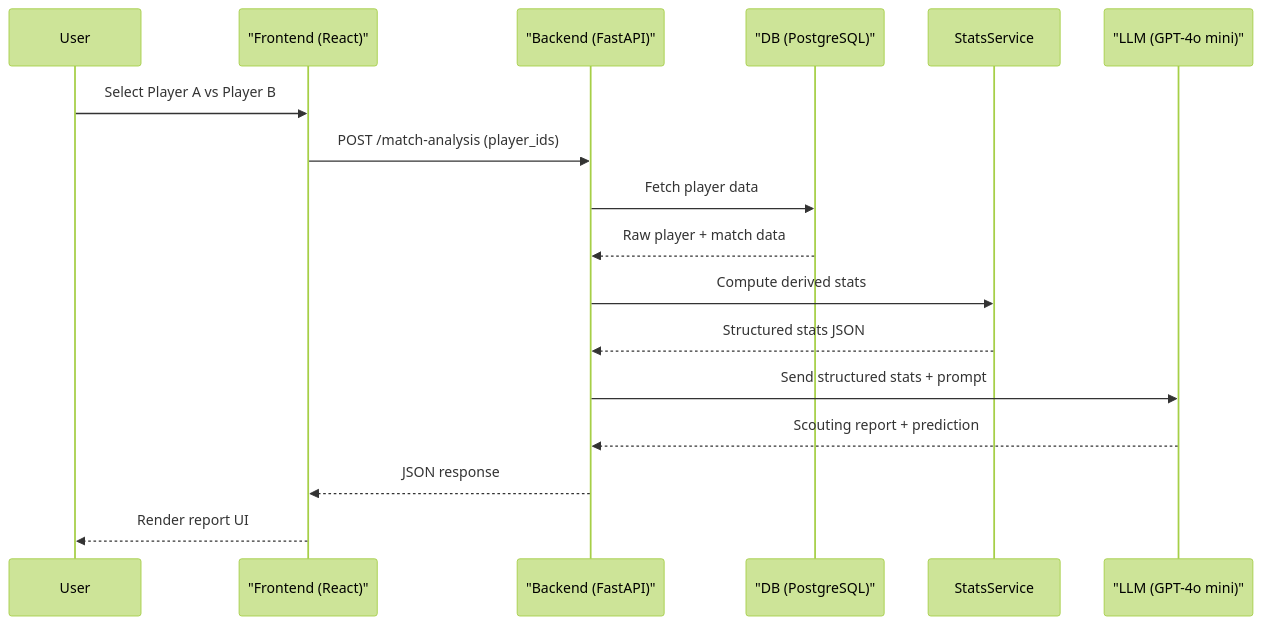
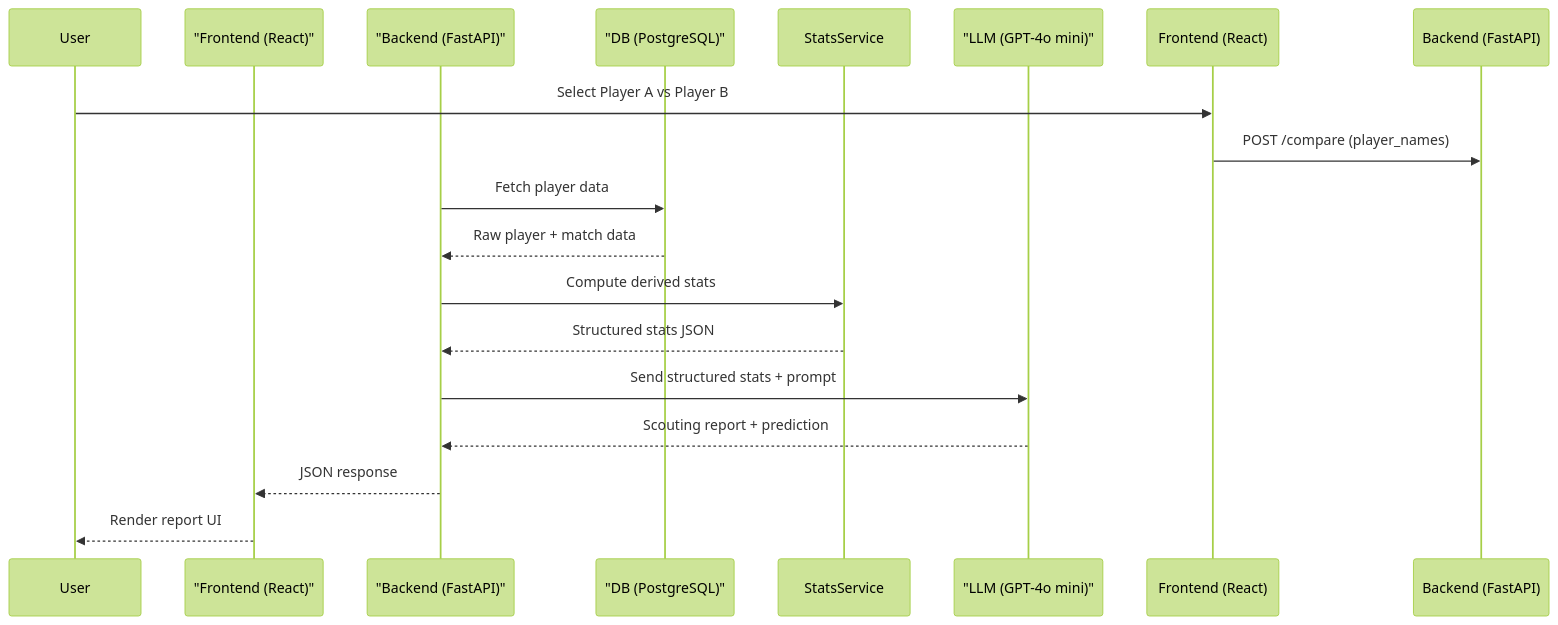
Before and after one commit to linbeau0822/tennis-scout-agent: the diagram in sequence/sequence_diagram.md, drawn with Mermaid (forest theme). The commit also changed 1 other file, not shown here.

Commit message:
Fix sequence diagram to use correct post endpoint name

````diff
--- a/sequence/sequence_diagram.md
+++ b/sequence/sequence_diagram.md
@@ -1,24 +1,24 @@
 ```mermaid
 sequenceDiagram
     participant User
     participant FE as "Frontend (React)"
     participant BE as "Backend (FastAPI)"
     participant DBPG as "DB (PostgreSQL)"
     participant StatsService
     participant LLM as "LLM (GPT-4o mini)"
 
-    User->>FE: Select Player A vs Player B
-    FE->>BE: POST /match-analysis (player_ids)
+    User->>Frontend (React): Select Player A vs Player B
+    Frontend (React)->>Backend (FastAPI): POST /compare (player_names)
 
     BE->>DBPG: Fetch player data
     DBPG-->>BE: Raw player + match data
 
     BE->>StatsService: Compute derived stats
     StatsService-->>BE: Structured stats JSON
 
     BE->>LLM: Send structured stats + prompt
     LLM-->>BE: Scouting report + prediction
 
     BE-->>FE: JSON response
     FE-->>User: Render report UI
 ```
````
